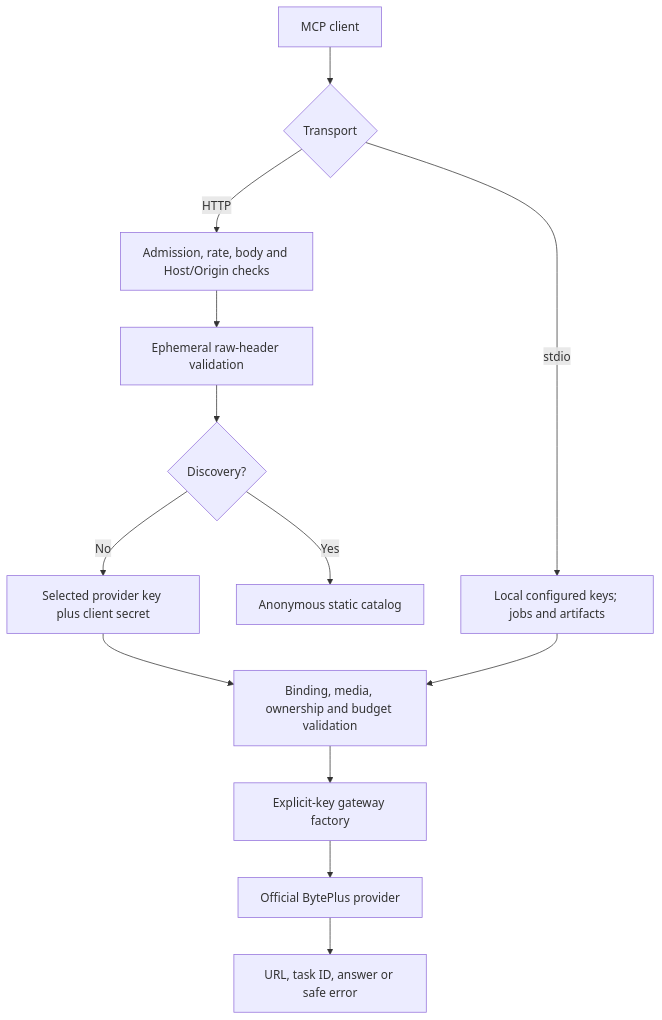
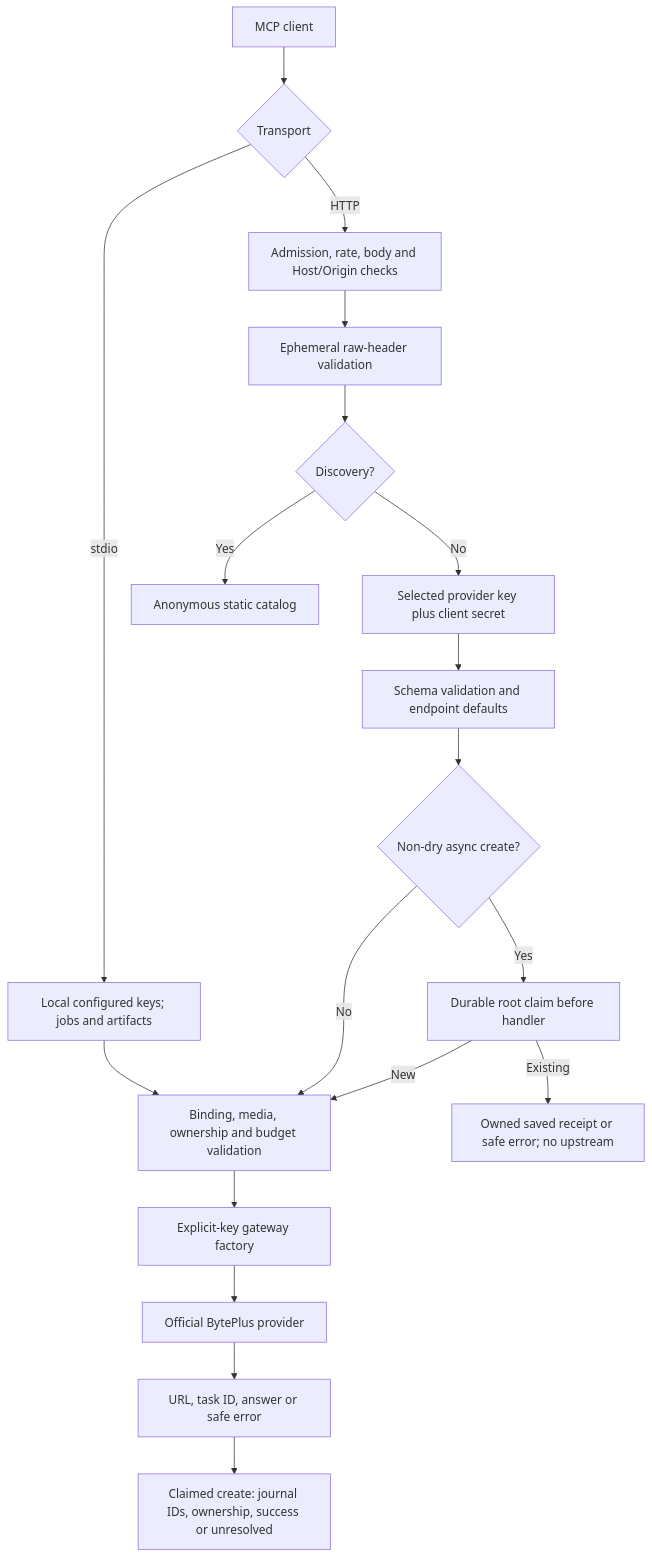
Before and after one commit to byteplus-sa/seed-mcp: the diagram in docs/architecture.md, drawn with Mermaid. The commit also changed other lines of this file and 48 other files, not shown here.

````diff
--- a/docs/architecture.md
+++ b/docs/architecture.md
@@ -10,15 +10,21 @@
 ```mermaid
 flowchart TD
     Client["MCP client"] --> Transport{"Transport"}
     Transport -->|stdio| Local["Local configured keys; jobs and artifacts"]
     Transport -->|HTTP| Limits["Admission, rate, body and Host/Origin checks"]
     Limits --> Headers["Ephemeral raw-header validation"]
     Headers --> Discovery{"Discovery?"}
     Discovery -->|Yes| Static["Anonymous static catalog"]
     Discovery -->|No| Owner["Selected provider key plus client secret"]
-    Owner --> Validate["Binding, media, ownership and budget validation"]
+    Owner --> Input["Schema validation and endpoint defaults"]
+    Input --> Create{"Non-dry async create?"}
+    Create -->|No| Validate["Binding, media, ownership and budget validation"]
+    Create -->|Yes| Claim["Durable root claim before handler"]
+    Claim -->|New| Validate
+    Claim -->|Existing| Replay["Owned saved receipt or safe error; no upstream"]
     Local --> Validate
     Validate --> Factory["Explicit-key gateway factory"]
     Factory --> Provider["Official BytePlus provider"]
     Provider --> Result["URL, task ID, answer or safe error"]
+    Result --> Record["Claimed create: journal IDs, ownership, success or unresolved"]
 ```
````
